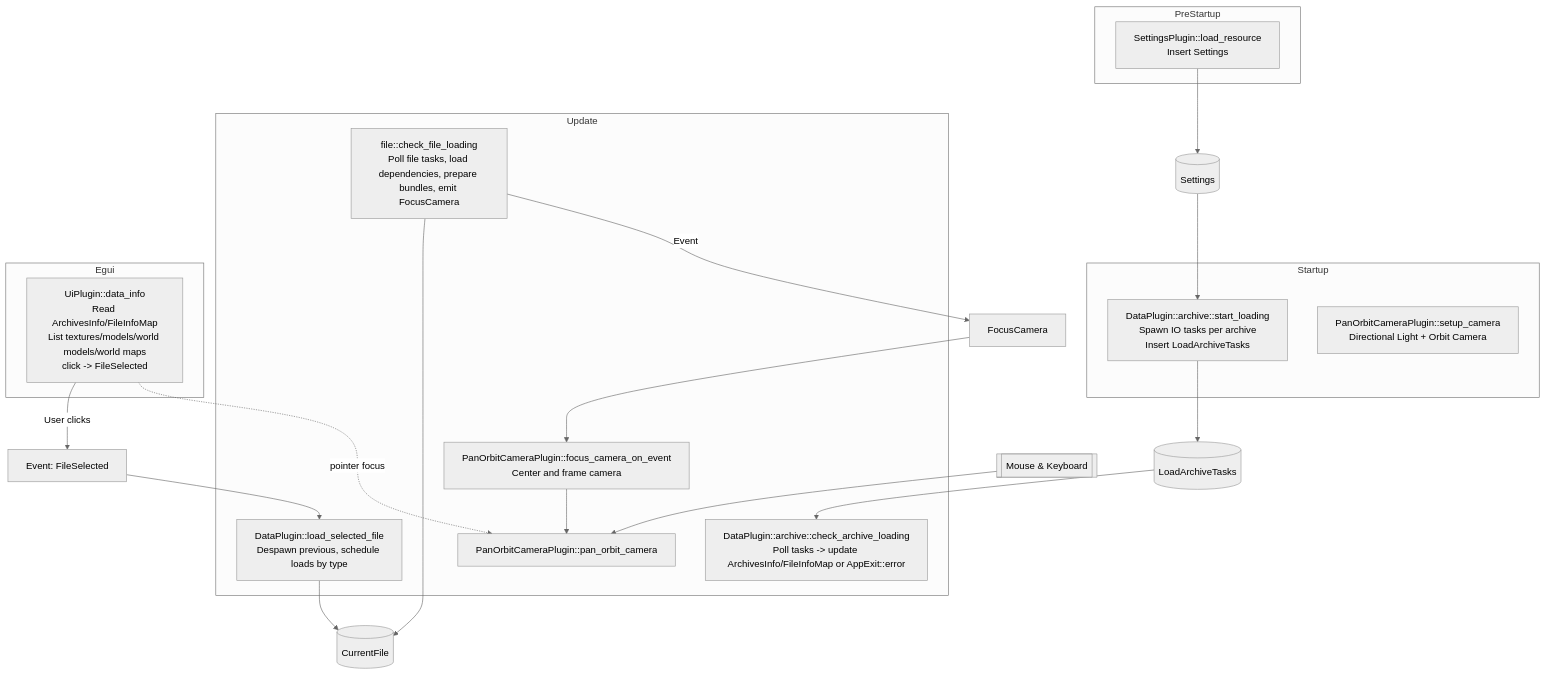
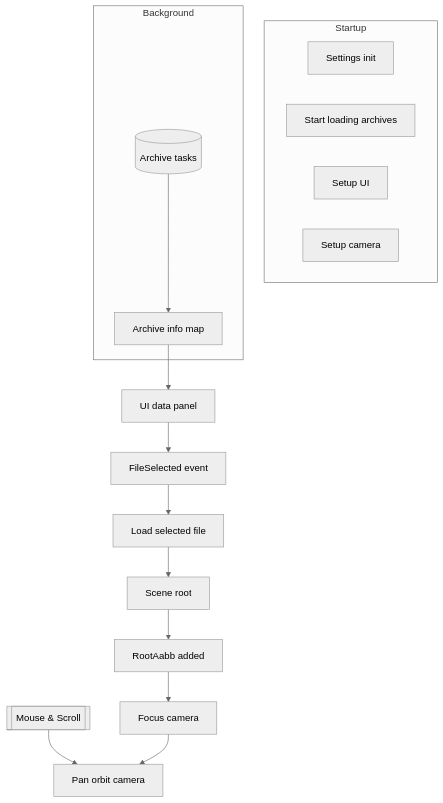
One commit to nocthir/worgen-rs changed the diagram in ARCHITECTURE.md. Above: the diagram before and after it, drawn with Mermaid (neutral theme). The commit also changed other lines of this file and 3 other files, not shown here.

Commit message:
misc: Update architecture docs and deps

````diff
--- a/ARCHITECTURE.md
+++ b/ARCHITECTURE.md
@@ -82,38 +169,24 @@
 ```mermaid
 flowchart TD
-    subgraph PreStartup
-        A[SettingsPlugin::load_resource<br/>Insert Settings]
+    subgraph Startup
+        Settings[Settings init]
+        StartLoading[Start loading archives]
+        UiSetup[Setup UI]
+        CamSetup[Setup camera]
     end
 
-    subgraph Startup
-        B[DataPlugin::archive::start_loading<br/>Spawn IO tasks per archive<br/>Insert LoadArchiveTasks]
-        C[PanOrbitCameraPlugin::setup_camera<br/>Directional Light + Orbit Camera]
+    subgraph Background
+        ArchiveTasks[(Archive tasks)] --> ArchiveInfo[Archive info map]
     end
 
-    A --> ST[(Settings)]
-    B --> LT[(LoadArchiveTasks)]
-    ST --> B
+    Panel[UI data panel] --> FileEvt[FileSelected event]
+    FileEvt --> LoadSel[Load selected file]
+    LoadSel --> Current[Scene root]
+    Current --> AabbAdded[RootAabb added]
+    AabbAdded --> Focus[Focus camera]
 
-    subgraph Update
-        D[DataPlugin::archive::check_archive_loading<br/>Poll tasks -> update ArchivesInfo/FileInfoMap or AppExit::error]
-        F[DataPlugin::load_selected_file<br/>Despawn previous, schedule loads by type]
-        X[file::check_file_loading<br/>Poll file tasks, load dependencies, prepare bundles, emit FocusCamera]
-        E[PanOrbitCameraPlugin::focus_camera_on_event<br/>Center and frame camera]
-        G[PanOrbitCameraPlugin::pan_orbit_camera]
-    end
+    ArchiveInfo --> Panel
 
-    subgraph Egui
-        H[UiPlugin::data_info<br/>Read ArchivesInfo/FileInfoMap<br/>List textures/models/world models/world maps<br/>click -> FileSelected]
-    end
-
-    LT --> D
-    H -->|User clicks| MS[Event: FileSelected]
-    MS --> F
-    F --> CM[(CurrentFile)]
-    X --> CM
-    X -->|Event| FC[FocusCamera]
-    FC --> E
-    E --> G
-    Input[[Mouse & Keyboard]] --> G
-    H -. pointer focus .-> G
+    Input[[Mouse & Scroll]] --> CamSys[Pan orbit camera]
+    Focus --> CamSys
 ```
````
